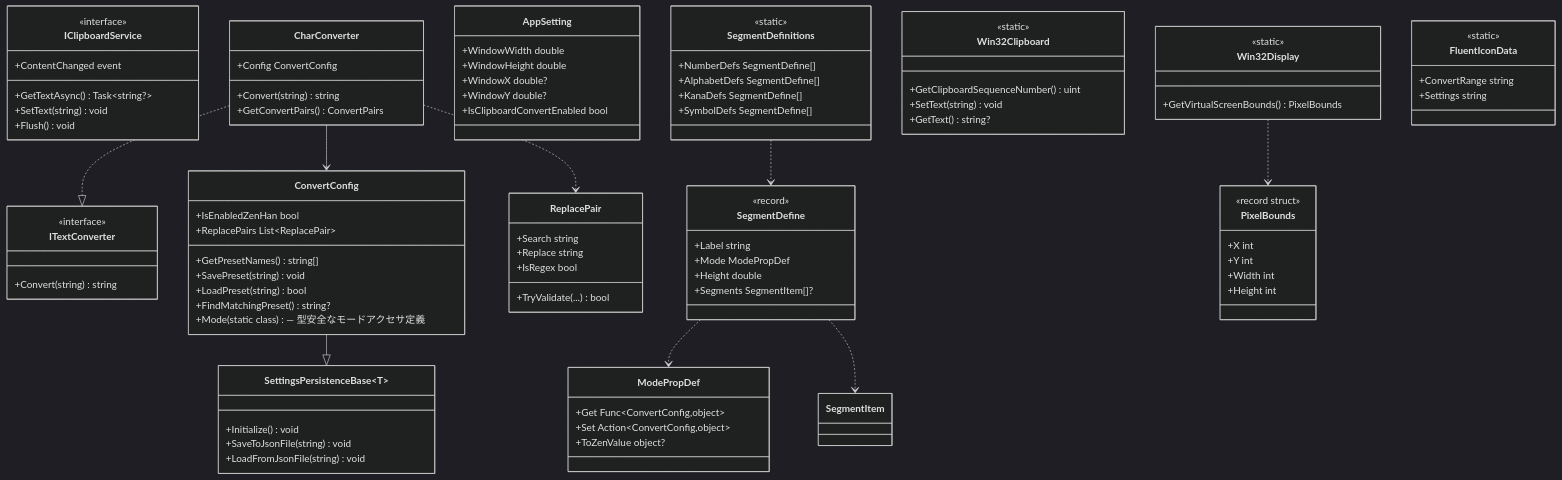
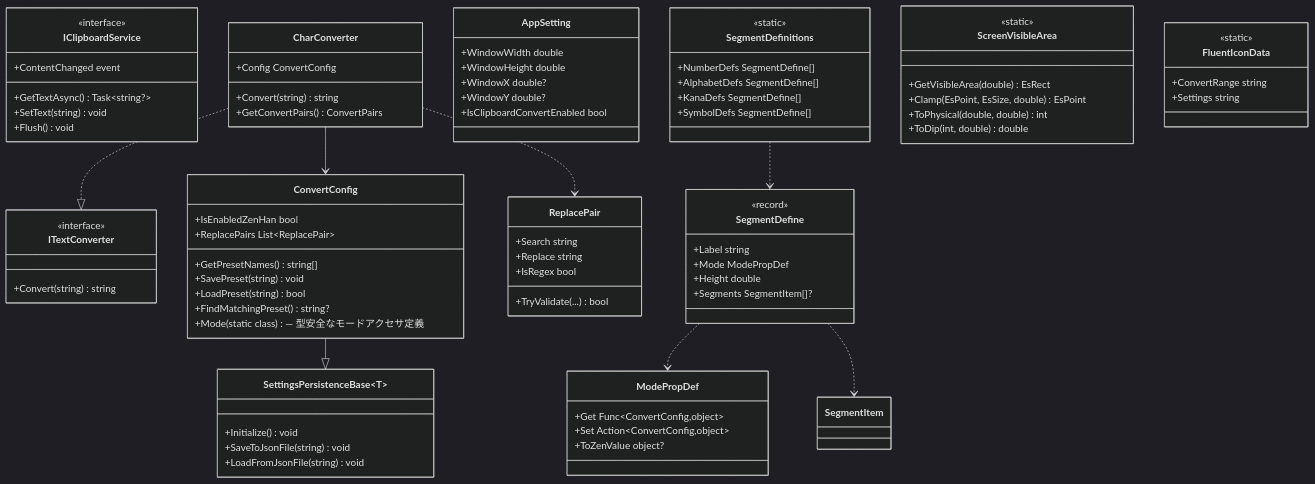
One commit to tomokuni/ClipboardZenHanConverter changed the first of 2 diagrams in src/core/SPEC_System.md. Above: the diagram before and after it, drawn with Mermaid (dark theme). The commit also changed other lines of this file and 55 other files, not shown here.

```diff
--- a/src/core/SPEC_System.md
+++ b/src/core/SPEC_System.md
@@ -99,22 +99,12 @@
         +SaveToJsonFile(string) void
         +LoadFromJsonFile(string) void
     }
-    class Win32Clipboard {
+    class ScreenVisibleArea {
         <<static>>
-        +GetClipboardSequenceNumber() uint
-        +SetText(string) void
-        +GetText() string?
-    }
-    class Win32Display {
-        <<static>>
-        +GetVirtualScreenBounds() PixelBounds
-    }
-    class PixelBounds {
-        <<record struct>>
-        +X int
-        +Y int
-        +Width int
-        +Height int
+        +GetVisibleArea(double) EsRect
+        +Clamp(EsPoint, EsSize, double) EsPoint
+        +ToPhysical(double, double) int
+        +ToDip(int, double) double
     }
     class FluentIconData {
         <<static>>
@@ -125,7 +115,6 @@
     ConvertConfig --|> SettingsPersistenceBase~T~
     CharConverter --> ConvertConfig
     CharConverter ..> ReplacePair
-    Win32Display ..> PixelBounds
     SegmentDefinitions ..> SegmentDefine
     SegmentDefine ..> ModePropDef
     SegmentDefine ..> SegmentItem
```
